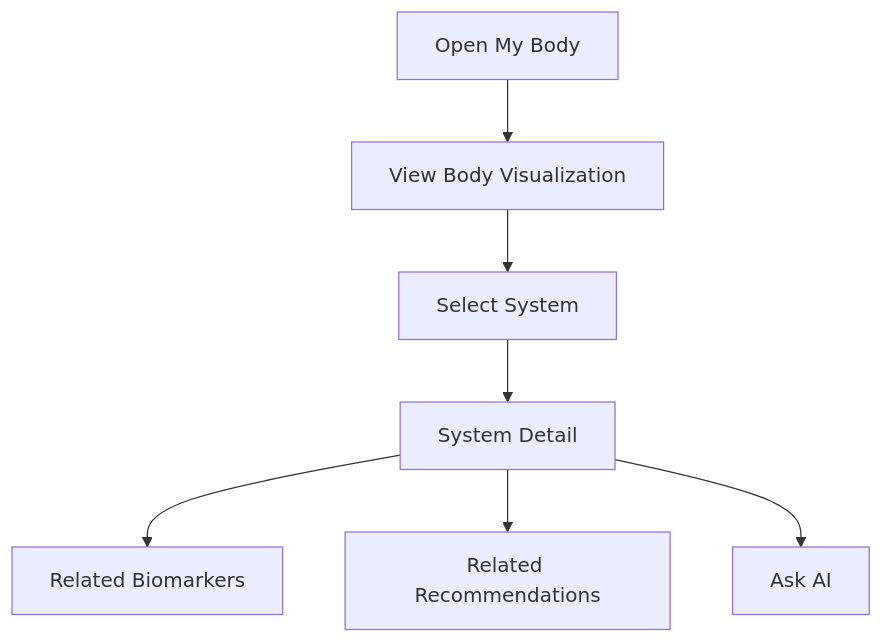
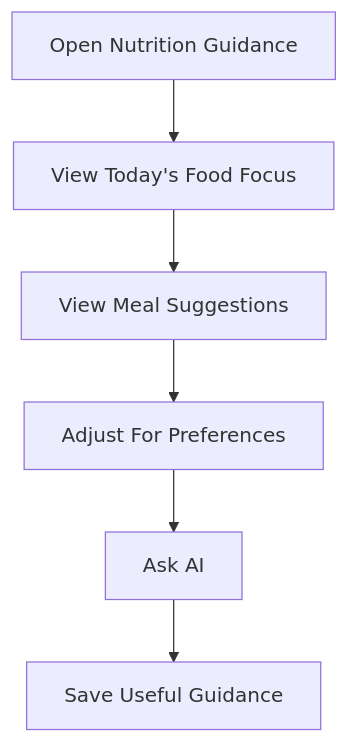
One commit to Yaroslavkukin/HealthCoach changed diagram 16 of 20 in docs/USER_FLOW.md. Above: the diagram before and after it, drawn with Mermaid. The commit also changed other lines of this file and 20 other files, not shown here.

````diff
--- a/docs/USER_FLOW.md
+++ b/docs/USER_FLOW.md
@@ -867,9 +477,8 @@
 ```mermaid
 flowchart TD
-    A[Open My Body] --> B[View Body Visualization]
-    B --> C[Select System]
-    C --> D[System Detail]
-    D --> E[Related Biomarkers]
-    D --> F[Related Recommendations]
-    D --> G[Ask AI]
+    A[Open Nutrition Guidance] --> B[View Today's Food Focus]
+    B --> C[View Meal Suggestions]
+    C --> D[Adjust For Preferences]
+    D --> E[Ask AI]
+    E --> F[Save Useful Guidance]
 ```
````
